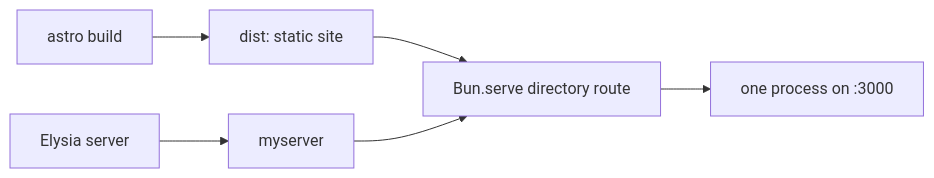
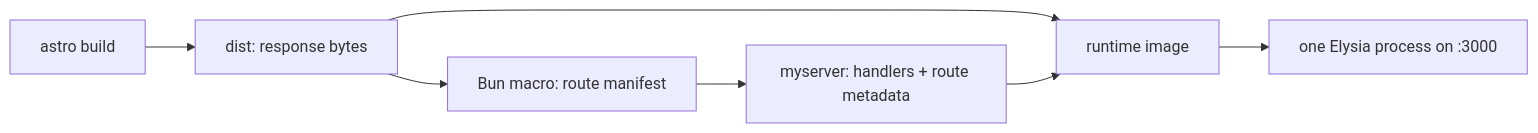
Before and after one commit to ErickCReis/ErickCReis: the first of 2 diagrams in web/content/blog/shipping-astro-from-a-bun-server.mdx, drawn with Mermaid. The commit also changed other lines of this file and 4 other files, not shown here.

Commit message:
Upgrade Bun and refresh server asset handling

````diff
--- a/web/content/blog/shipping-astro-from-a-bun-server.mdx
+++ b/web/content/blog/shipping-astro-from-a-bun-server.mdx
@@ -10,8 +10,9 @@
 ```mermaid center
 flowchart LR
-  Astro["astro build"] --> Dist["dist: static site"]
-  Server["Elysia server"] --> Binary["myserver"]
-  Dist --> Directory["Bun.serve directory route"]
-  Binary --> Directory
-  Directory --> Process["one process on :3000"]
+  Astro["astro build"] --> Dist["dist: response bytes"]
+  Dist --> Macro["Bun macro: route manifest"]
+  Macro --> Binary["myserver: handlers + route metadata"]
+  Dist --> Image["runtime image"]
+  Binary --> Image
+  Image --> Elysia["one Elysia process on :3000"]
 ```
````
